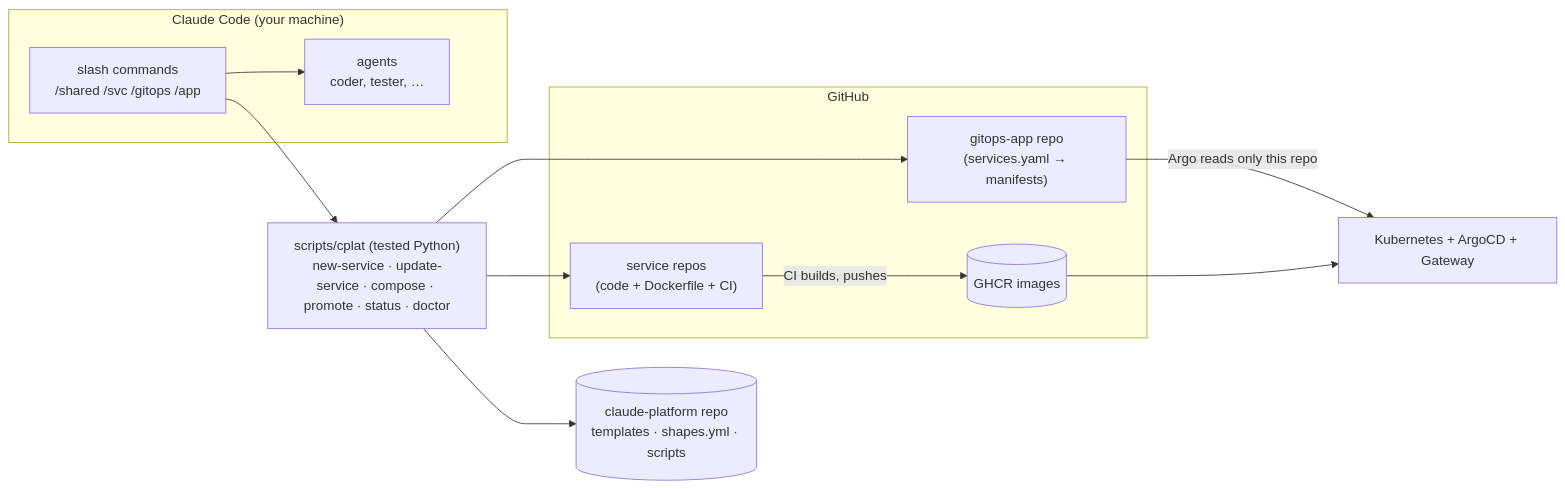
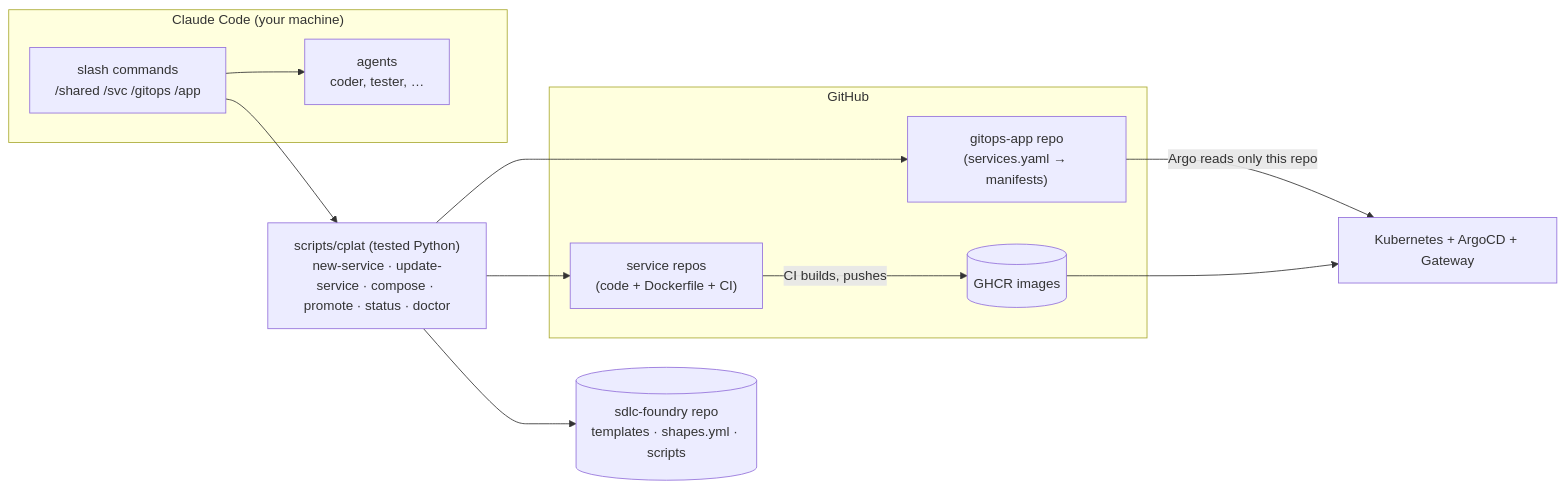
One commit to ika100/claude-platform changed the first of 4 diagrams in docs/HOW-IT-WORKS.md. Above: the diagram before and after it, drawn with Mermaid. The commit also changed other lines of this file and 114 other files, not shown here.

First line of the commit message:
chore: rename to sdlc-foundry (breaking), DCO sign-off (#49)

````diff
--- a/docs/HOW-IT-WORKS.md
+++ b/docs/HOW-IT-WORKS.md
@@ -7,21 +7,21 @@
 ```mermaid
 flowchart LR
   subgraph Claude["Claude Code (your machine)"]
     C["slash commands<br/>/shared /svc /gitops /app"]
     A["agents<br/>coder, tester, …"]
   end
   S["scripts/cplat (tested Python)<br/>new-service · update-service · compose · promote · status · doctor"]
-  P[("claude-platform repo<br/>templates · shapes.yml · scripts")]
+  P[("sdlc-foundry repo<br/>templates · shapes.yml · scripts")]
   subgraph GH["GitHub"]
     SR["service repos<br/>(code + Dockerfile + CI)"]
     GR["gitops-app repo<br/>(services.yaml → manifests)"]
     REG[("GHCR images")]
   end
   K["Kubernetes + ArgoCD + Gateway"]
   C --> S --> P
   C --> A
   S --> SR & GR
   SR -- "CI builds, pushes" --> REG
   GR -- "Argo reads only this repo" --> K
   REG --> K
 ```
````
